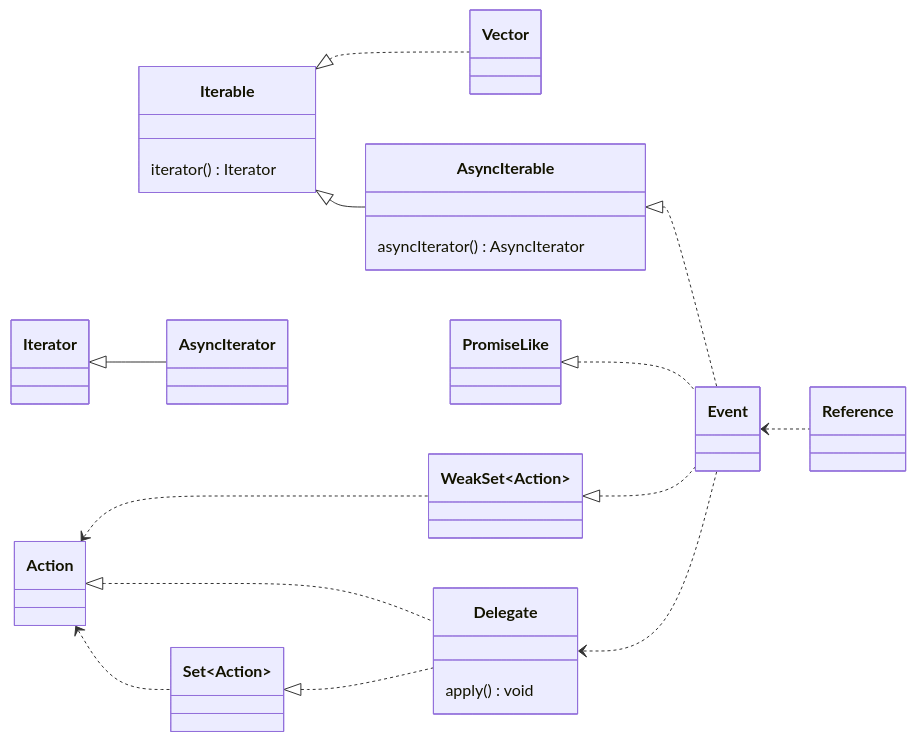
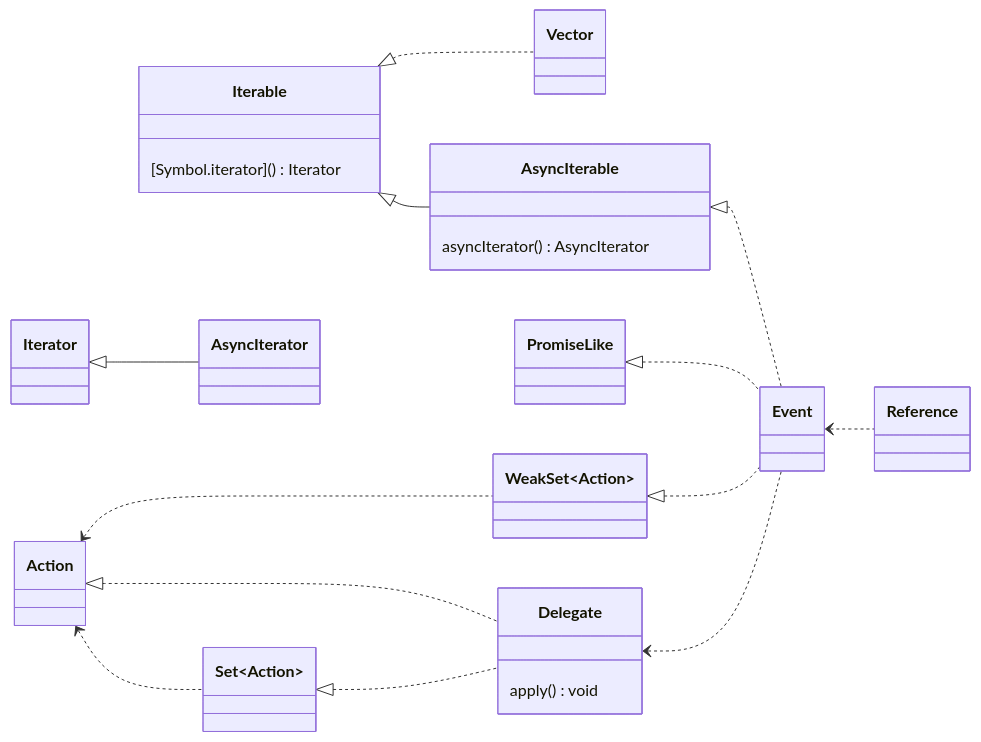
Before and after one commit to domrally/peekeasy: the fourth of 4 diagrams in README.md, drawn with Mermaid.

````diff
--- a/README.md
+++ b/README.md
@@ -204,31 +204,31 @@
 ```mermaid
 classDiagram
     direction LR
     Iterable <|.. Vector
     Iterable <|-- AsyncIterable
     Iterator <|-- AsyncIterator
     AsyncIterable <|.. Event
     PromiseLike <|.. Event
     WeakSet~Action~ <|.. Event
     Action <.. WeakSet~Action~
     Action <.. Set~Action~
     Action <|.. Delegate
     Set~Action~ <|.. Delegate
     Delegate <.. Event
     Event <.. Reference
     class AsyncIterable {
         asyncIterator() AsyncIterator
     }
     class Iterable {
-        iterator() Iterator
+        [Symbol.iterator]() Iterator
     }
     class Delegate {
 
         apply() void
     }
     link Delegate "https://github.com/domrally/peekeasy/blob/main/src/delegate.ts" "delegate.ts"
     class Event
     link Event "https://github.com/domrally/peekeasy/blob/main/src/event.ts" "event.ts"
     class Vector
     link Vector "https://github.com/domrally/peekeasy/blob/main/src/vector.ts" "vector.ts"
 ```
````
